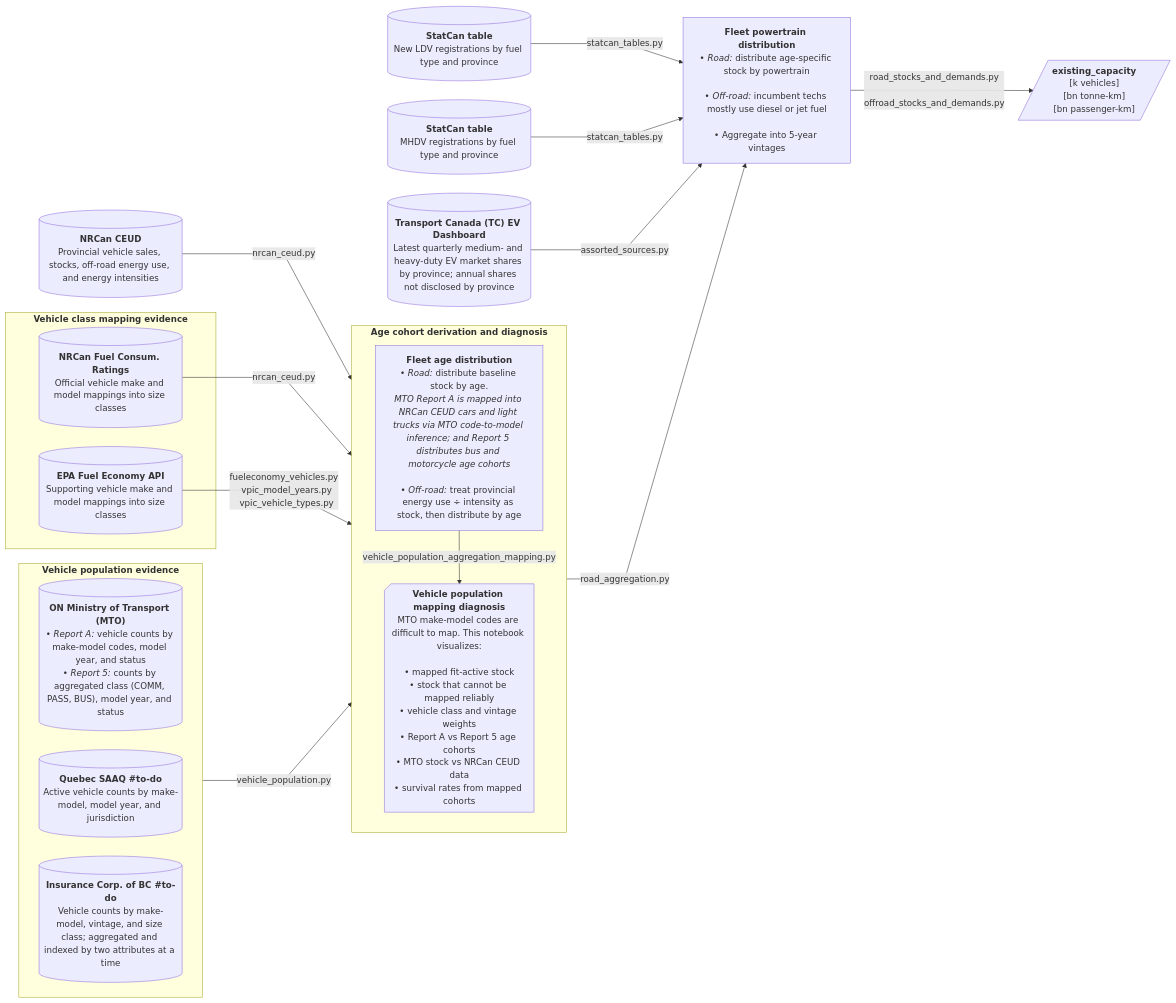
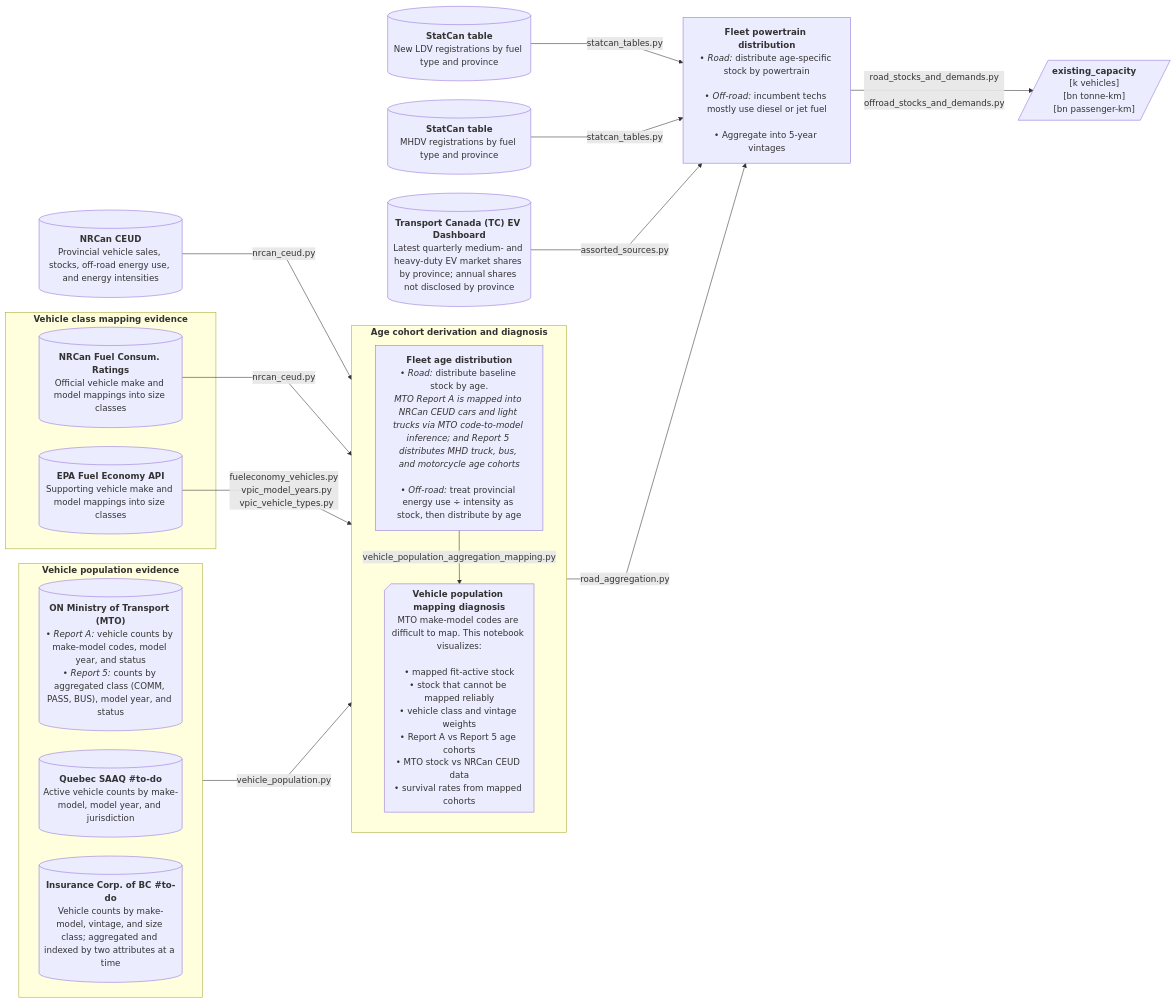
One commit to CANOE-main/canoe-transportation changed the fourth of 14 diagrams in README.md. Above: the diagram before and after it, drawn with Mermaid. The commit also changed other lines of this file and 71 other files, not shown here.

Commit message:
- Defined parameters including publication settings, style, original counts, modes, fuels, and vehicle categories. - Specified paths for the diagram source and database. - Included detailed indexing and fields for technology and fuel parameters.

```diff
--- a/README.md
+++ b/README.md
@@ -289,7 +384,7 @@
     curve: linear
 ---
 flowchart LR
-  %% ############ Sources ###########
+  %% ########### Sources ###########
   s0[("`**NRCan CEUD**
     Provincial vehicle sales, stocks, off-road energy use, and energy intensities`")]
 
@@ -318,12 +413,12 @@
   s6[("`**Transport Canada (TC) EV Dashboard**
     Latest quarterly medium- and heavy-duty EV market shares by province; annual shares not disclosed by province`")]
 
-  %% ############ Processes ###########
+  %% ########### Processes ###########
   subgraph age["`**Age cohort derivation and diagnosis**`"]
     direction TB
     p1["`**Fleet age distribution**
       • *Road:* distribute baseline stock by age.
-      *MTO Report A is mapped into NRCan CEUD cars and light trucks via MTO code-to-model inference; and Report 5 distributes bus and motorcycle age cohorts*<br>
+      *MTO Report A is mapped into NRCan CEUD cars and light trucks via MTO code-to-model inference; and Report 5 distributes MHD truck, bus, and motorcycle age cohorts*<br>
       • *Off-road:* treat provincial energy use ÷ intensity as stock, then distribute by age`"]
 
     p1_2@{shape: notch-rect, label: "**Vehicle population mapping diagnosis**
```
